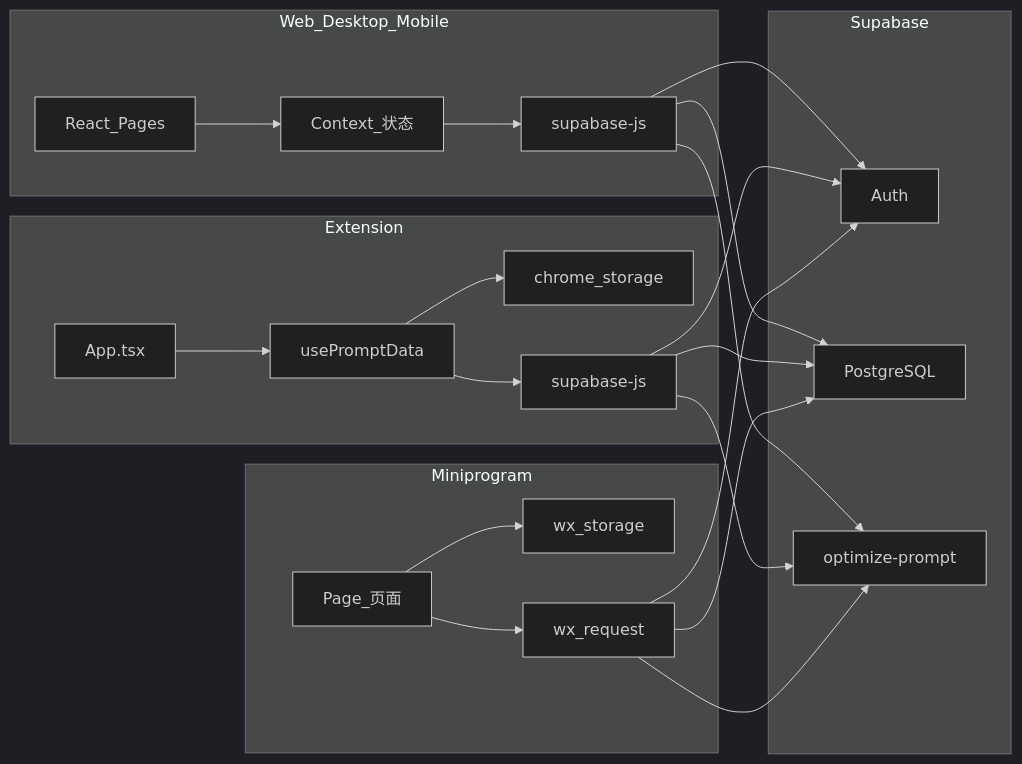
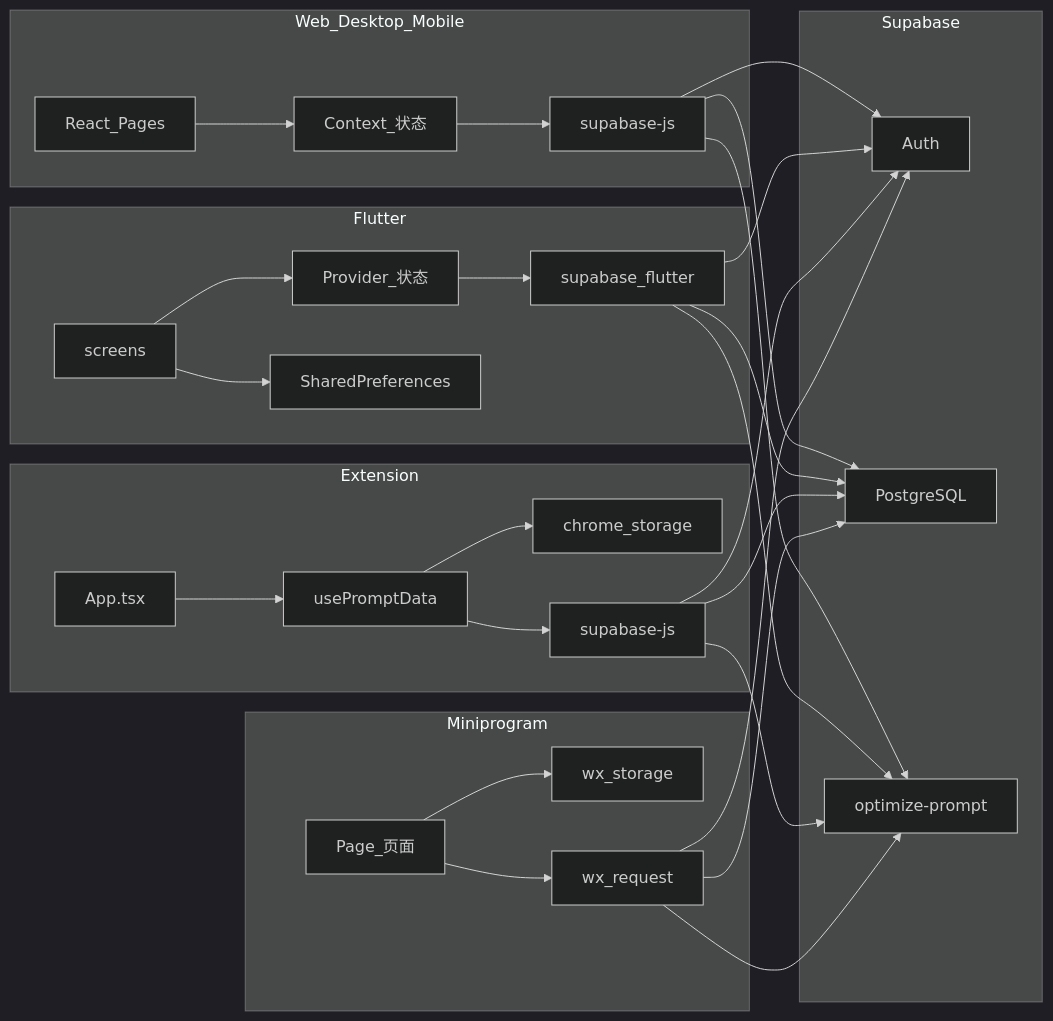
Before and after one commit to longlong007/PromptsManager: the seventh of 9 diagrams in note/arch.mmd, drawn with Mermaid (dark theme). The commit also changed other lines of this file and 15 other files, not shown here.

Commit message:
feat: 优化画图

````diff
--- a/note/arch.mmd
+++ b/note/arch.mmd
@@ -209,44 +262,56 @@
 ```mermaid
 flowchart LR
     subgraph Web端[Web_Desktop_Mobile]
         WUI[React_Pages]
         WCtx[Context_状态]
         WAPI[supabase-js]
+    end
+
+    subgraph Flutter端[Flutter]
+        FUI[screens]
+        FProv[Provider_状态]
+        FLocal[SharedPreferences]
+        FAPI[supabase_flutter]
     end
 
     subgraph 扩展端[Extension]
         EUI[App.tsx]
         EHook[usePromptData]
         ELocal[chrome_storage]
         EAPI[supabase-js]
     end
 
     subgraph 小程序[Miniprogram]
         MUI[Page_页面]
         MLocal[wx_storage]
         MAPI[wx_request]
     end
 
     subgraph Cloud[Supabase]
         Auth[Auth]
         DB[PostgreSQL]
         Fn[optimize-prompt]
     end
 
     WUI --> WCtx --> WAPI
+    FUI --> FProv --> FAPI
+    FUI --> FLocal
     EUI --> EHook
     EHook --> ELocal
     EHook --> EAPI
     MUI --> MLocal
     MUI --> MAPI
 
     WAPI --> Auth
     WAPI --> DB
     WAPI --> Fn
+    FAPI --> Auth
+    FAPI --> DB
+    FAPI --> Fn
     EAPI --> Auth
     EAPI --> DB
     EAPI --> Fn
     MAPI --> Auth
     MAPI --> DB
     MAPI --> Fn
 ```
````
